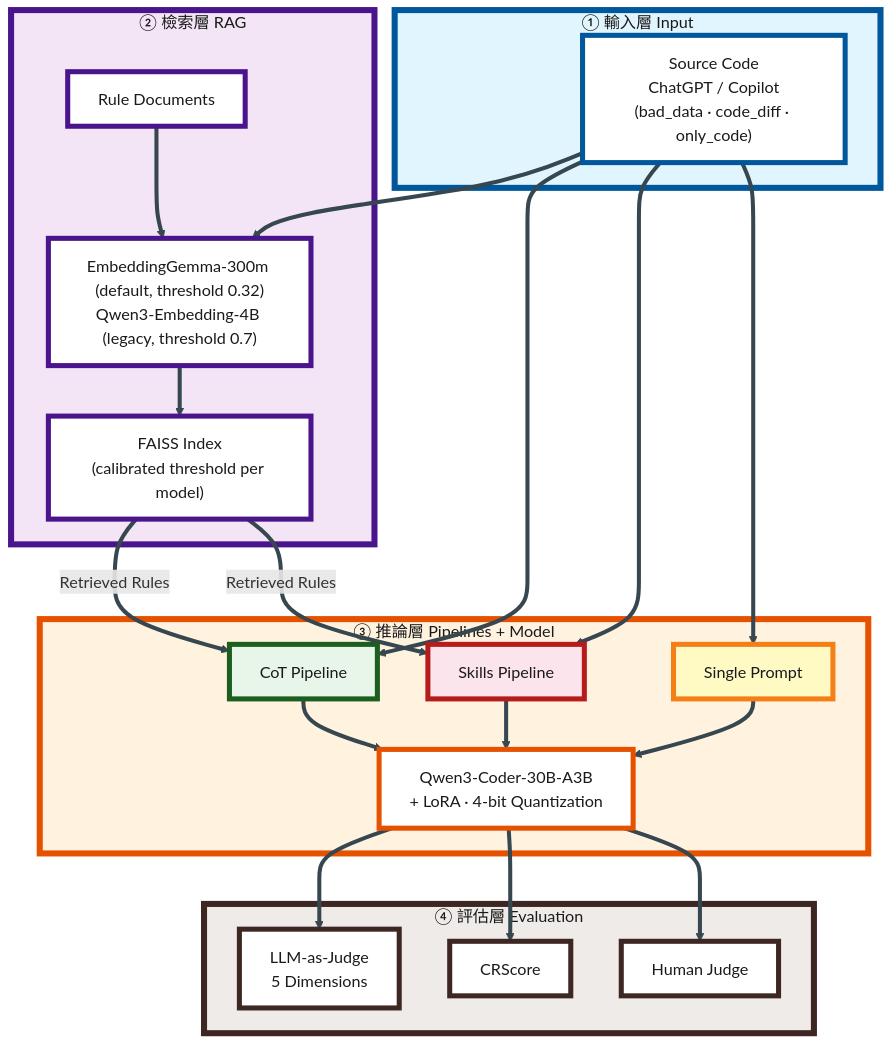
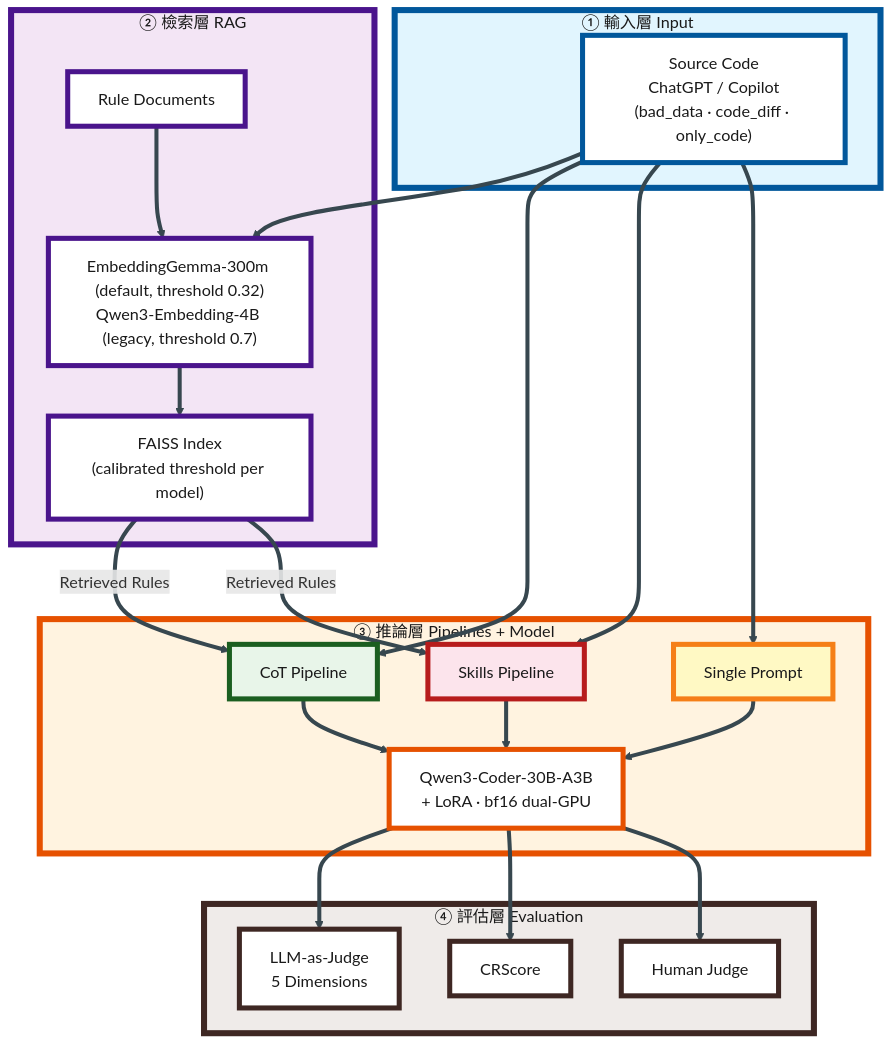
Before and after one commit to JE-Chen/Code-Review-Framework-Combining-Large-Language-Models-and-Chain-of-Thought-Reasoning: the first of 4 diagrams in READMEs/architecture.md, drawn with Mermaid. The commit also changed other lines of this file and 28 other files, not shown here.

````diff
--- a/READMEs/architecture.md
+++ b/READMEs/architecture.md
@@ -5,59 +5,59 @@
 ```mermaid
 %%{init: {'themeVariables': {'fontSize': '52px', 'fontFamily': 'Arial, "Microsoft JhengHei", sans-serif'}, 'flowchart': {'padding': 36, 'nodeSpacing': 100, 'rankSpacing': 120}}}%%
 graph TB
     subgraph INPUT["① 輸入層 Input"]
         CODE["Source Code<br/>ChatGPT / Copilot<br/>(bad_data · code_diff · only_code)"]
     end
 
     subgraph RAG["② 檢索層 RAG"]
         RAG_DATA["Rule Documents"]
         EMB["EmbeddingGemma-300m (default, threshold 0.32)<br/>Qwen3-Embedding-4B (legacy, threshold 0.7)"]
         FAISS["FAISS Index<br/>(calibrated threshold per model)"]
         RAG_DATA --> EMB --> FAISS
     end
 
     subgraph PIPE["③ 推論層 Pipelines + Model"]
         COT["CoT Pipeline"]
         SKILLS["Skills Pipeline"]
         SINGLE["Single Prompt"]
-        QWEN["Qwen3-Coder-30B-A3B<br/>+ LoRA · 4-bit Quantization"]
+        QWEN["Qwen3-Coder-30B-A3B<br/>+ LoRA · bf16 dual-GPU"]
         COT --> QWEN
         SKILLS --> QWEN
         SINGLE --> QWEN
     end
 
     subgraph EVAL["④ 評估層 Evaluation"]
         JUDGE["LLM-as-Judge<br/>5 Dimensions"]
         CRSCORE["CRScore"]
         HUMAN["Human Judge"]
     end
 
     CODE --> EMB
     CODE --> COT
     CODE --> SKILLS
     CODE --> SINGLE
     FAISS -->|Retrieved Rules| COT
     FAISS -->|Retrieved Rules| SKILLS
 
     QWEN --> JUDGE
     QWEN --> CRSCORE
     QWEN --> HUMAN
 
     style INPUT fill:#e1f5fe,stroke:#01579b,stroke-width:6px,color:#1a1a1a
     style RAG fill:#f3e5f5,stroke:#4a148c,stroke-width:6px,color:#1a1a1a
     style PIPE fill:#fff3e0,stroke:#e65100,stroke-width:6px,color:#1a1a1a
     style EVAL fill:#efebe9,stroke:#3e2723,stroke-width:6px,color:#1a1a1a
 
     style CODE fill:#ffffff,stroke:#01579b,stroke-width:5px,color:#1a1a1a
     style RAG_DATA fill:#ffffff,stroke:#4a148c,stroke-width:5px,color:#1a1a1a
     style EMB fill:#ffffff,stroke:#4a148c,stroke-width:5px,color:#1a1a1a
     style FAISS fill:#ffffff,stroke:#4a148c,stroke-width:5px,color:#1a1a1a
     style COT fill:#e8f5e9,stroke:#1b5e20,stroke-width:5px,color:#1a1a1a
     style SKILLS fill:#fce4ec,stroke:#b71c1c,stroke-width:5px,color:#1a1a1a
     style SINGLE fill:#fff9c4,stroke:#f57f17,stroke-width:5px,color:#1a1a1a
     style QWEN fill:#ffffff,stroke:#e65100,stroke-width:5px,color:#1a1a1a
     style JUDGE fill:#ffffff,stroke:#3e2723,stroke-width:5px,color:#1a1a1a
     style CRSCORE fill:#ffffff,stroke:#3e2723,stroke-width:5px,color:#1a1a1a
     style HUMAN fill:#ffffff,stroke:#3e2723,stroke-width:5px,color:#1a1a1a
     linkStyle default stroke:#37474f,stroke-width:4px
 ```
````
